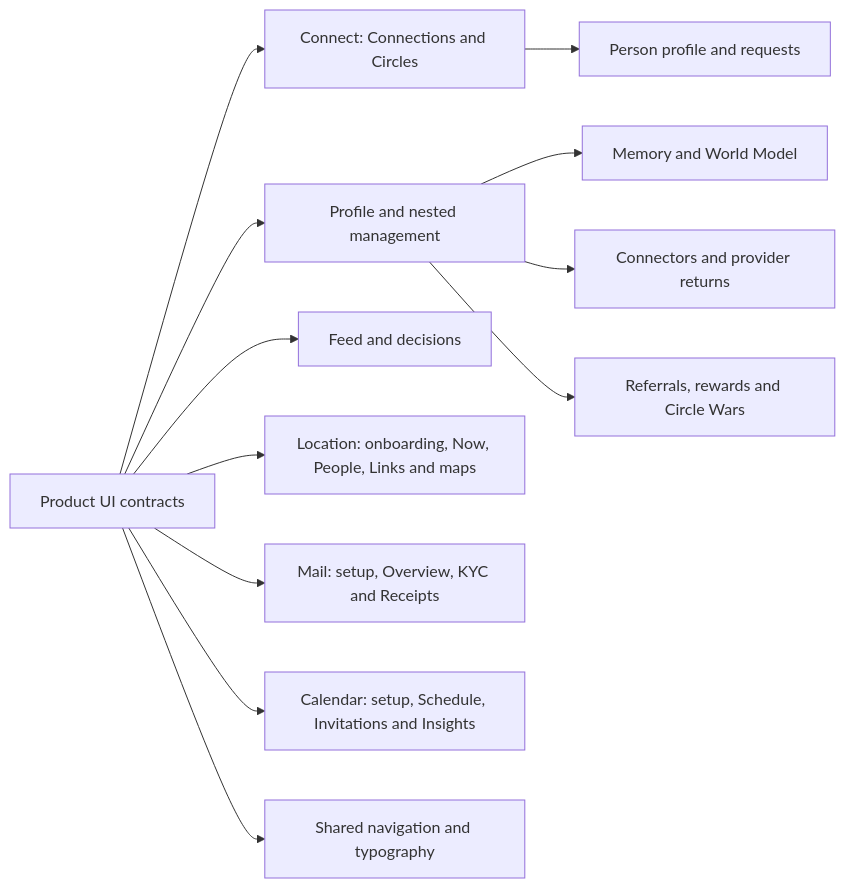
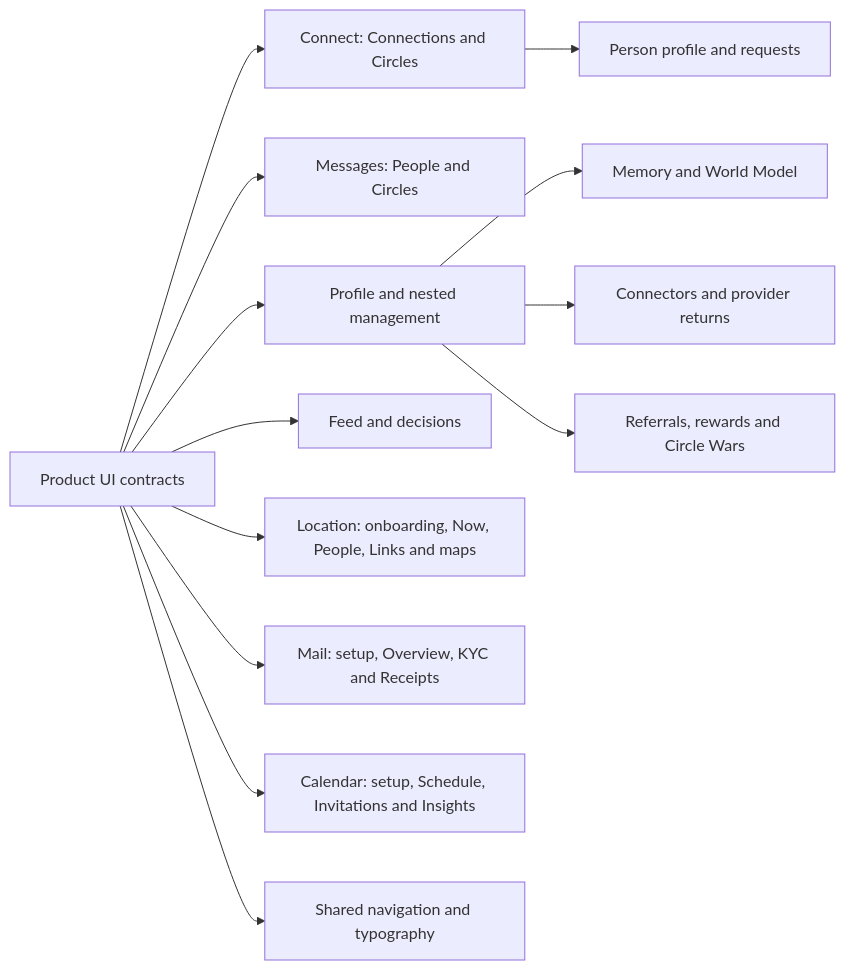
One commit to hushh-labs/hushh-research changed the diagram in hushh-webapp/docs/ui-contracts/README.md. Above: the diagram before and after it, drawn with Mermaid. The commit also changed other lines of this file and 26 other files, not shown here.

````diff
--- a/hushh-webapp/docs/ui-contracts/README.md
+++ b/hushh-webapp/docs/ui-contracts/README.md
@@ -5,14 +5,15 @@
 ```mermaid
 flowchart LR
   index["Product UI contracts"] --> connect["Connect: Connections and Circles"]
+  index --> messages["Messages: People and Circles"]
   index --> profile["Profile and nested management"]
   index --> feed["Feed and decisions"]
   index --> location["Location: onboarding, Now, People, Links and maps"]
   index --> mail["Mail: setup, Overview, KYC and Receipts"]
   index --> calendar["Calendar: setup, Schedule, Invitations and Insights"]
   index --> nav["Shared navigation and typography"]
   connect --> person["Person profile and requests"]
   profile --> memory["Memory and World Model"]
   profile --> connectors["Connectors and provider returns"]
   profile --> referrals["Referrals, rewards and Circle Wars"]
 ```
````
